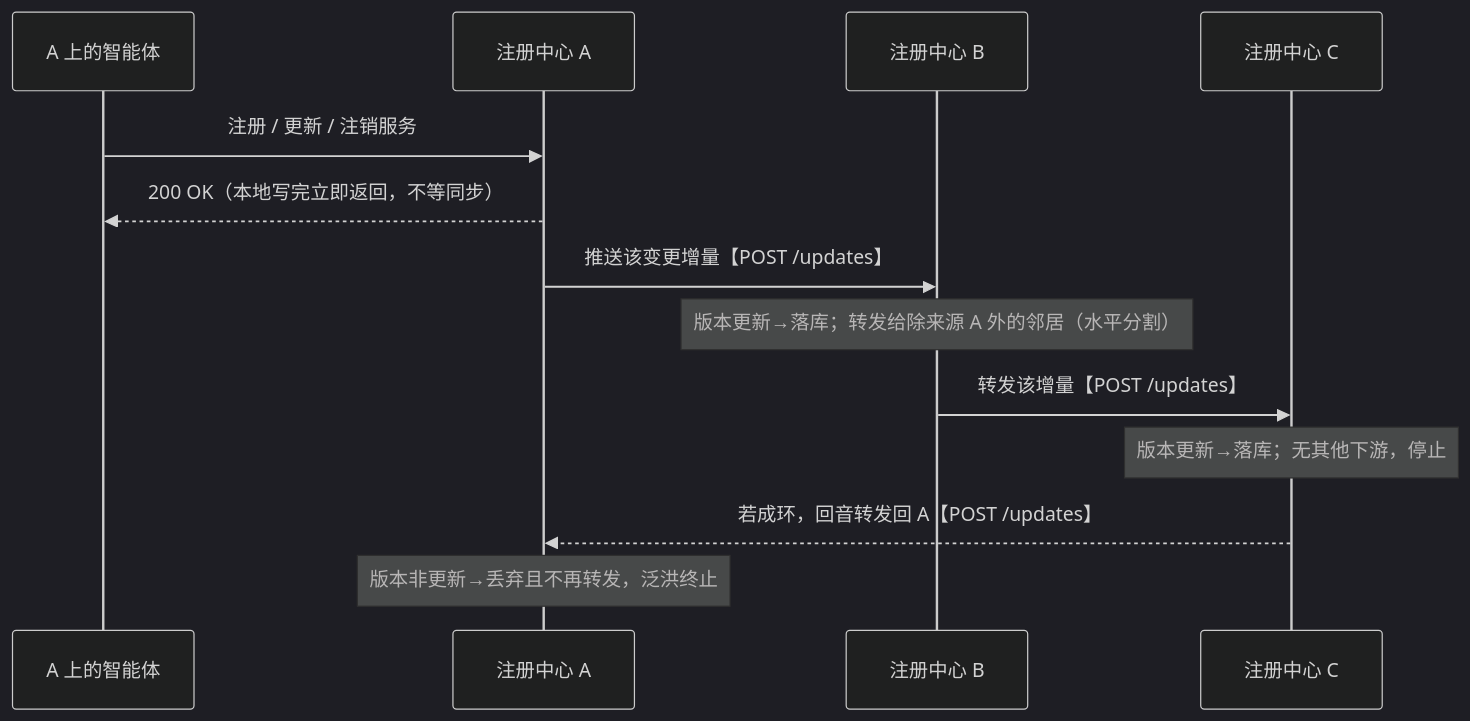
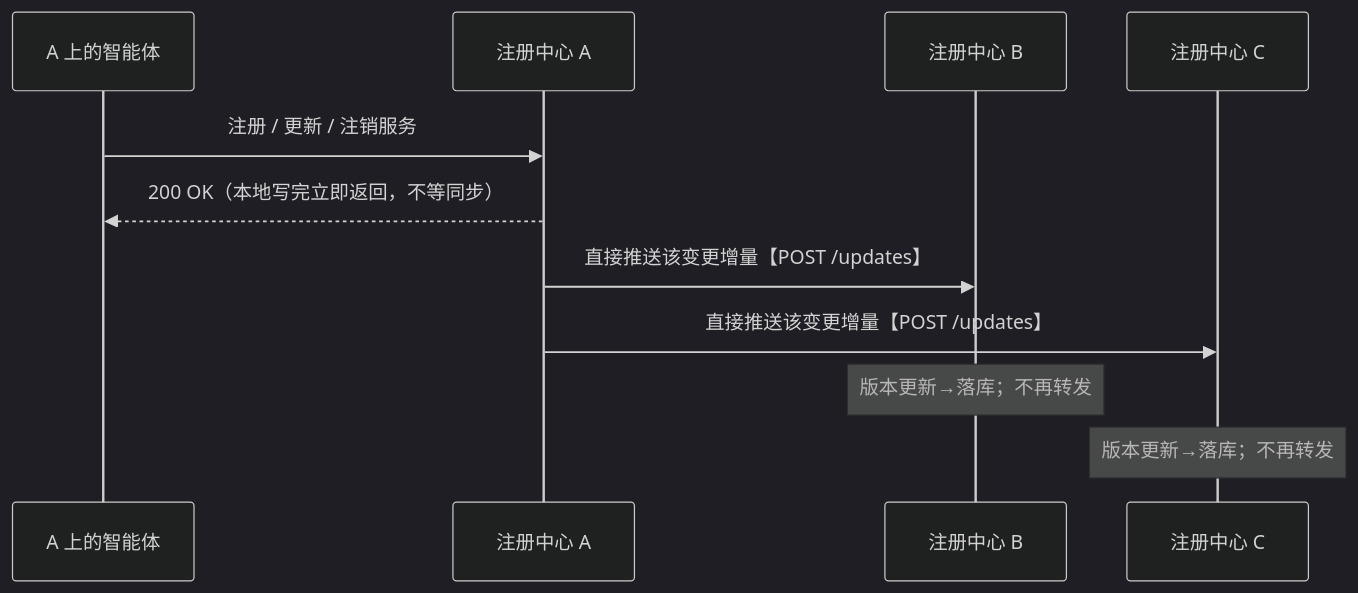
Before and after one commit to Weizheng96/A2X-registry: the second of 6 diagrams in docs/cluster_design.md, drawn with Mermaid (dark theme). The commit also changed other lines of this file and 17 other files, not shown here.

````diff
--- a/docs/cluster_design.md
+++ b/docs/cluster_design.md
@@ -89,15 +88,13 @@
 ```mermaid
 sequenceDiagram
     participant Ag as A 上的智能体
     participant A as 注册中心 A
     participant B as 注册中心 B
     participant C as 注册中心 C
     Ag->>A: 注册 / 更新 / 注销服务
     A-->>Ag: 200 OK（本地写完立即返回，不等同步）
-    A->>B: 推送该变更增量【POST /updates】
-    Note over B: 版本更新→落库；转发给除来源 A 外的邻居（水平分割）
-    B->>C: 转发该增量【POST /updates】
-    Note over C: 版本更新→落库；无其他下游，停止
-    C-->>A: 若成环，回音转发回 A【POST /updates】
-    Note over A: 版本非更新→丢弃且不再转发，泛洪终止
+    A->>B: 直接推送该变更增量【POST /updates】
+    A->>C: 直接推送该变更增量【POST /updates】
+    Note over B: 版本更新→落库；不再转发
+    Note over C: 版本更新→落库；不再转发
 ```
````
